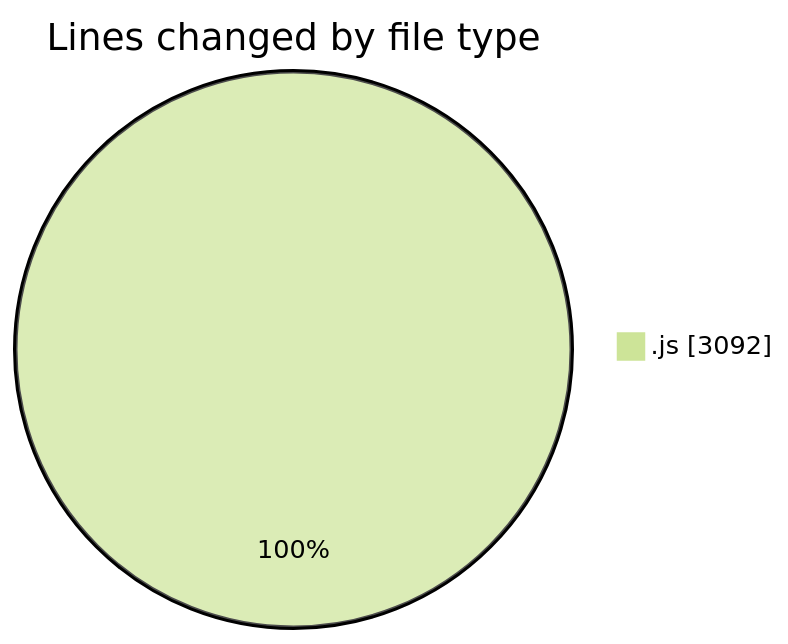
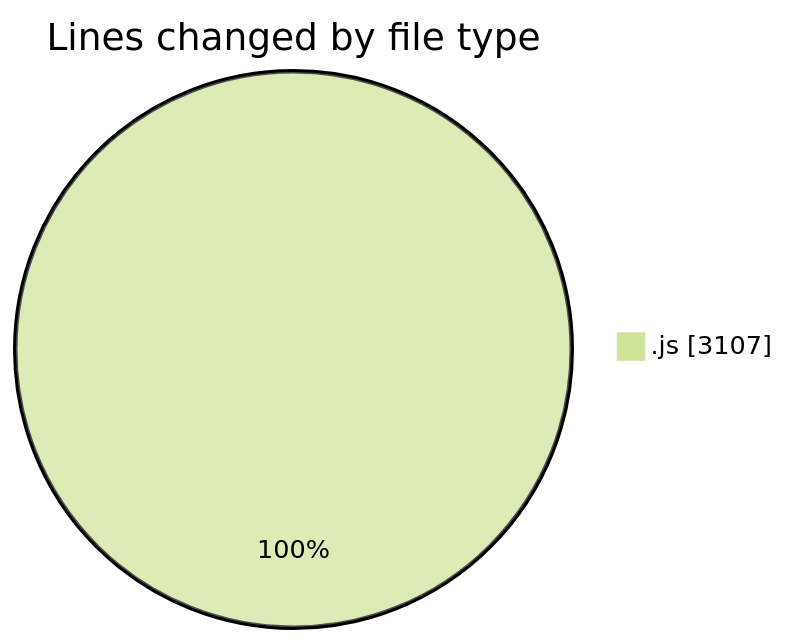
Before and after one commit to nxtqubesakshisongat/code-tracking: the first of 2 diagrams in 2025-09-08/cashcalculator/README.md, drawn with Mermaid (forest theme). The commit also changed other lines of this file and 1 other file, not shown here.

````diff
--- a/2025-09-08/cashcalculator/README.md
+++ b/2025-09-08/cashcalculator/README.md
@@ -20,5 +20,5 @@
 ```mermaid
 pie showData
 title Lines changed by file type
-".js" : 3092
+".js" : 3107
 ```
````
